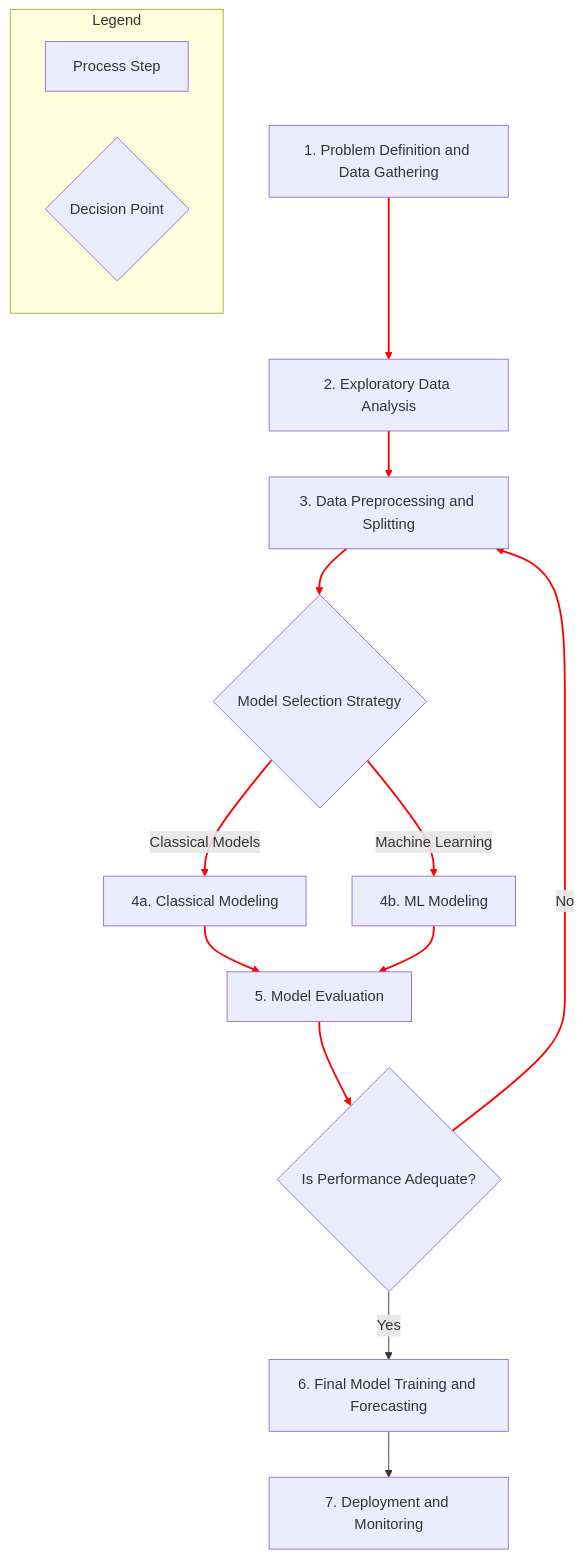
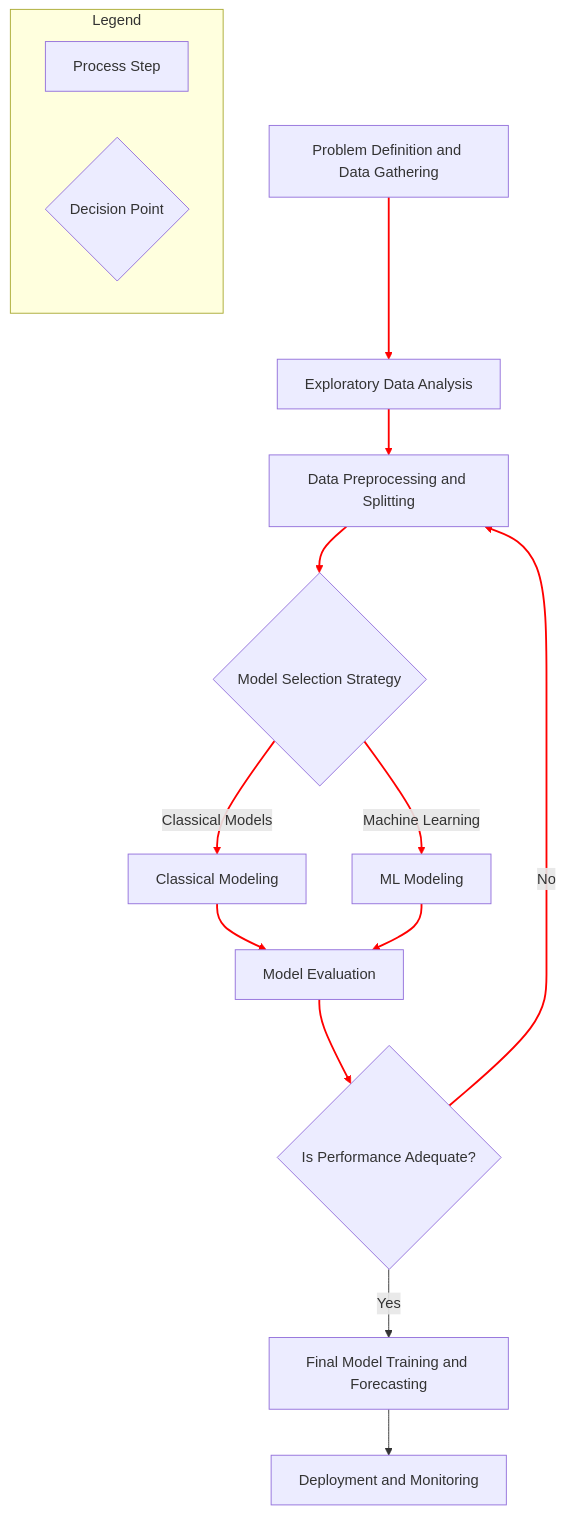
Before and after one commit to batou069/brain: the diagram in AIvault/140_Data_Science_AI/Workflows_Concepts/Time_Series_Analysis_Workflow.md, drawn with Mermaid. The commit also changed other lines of this file and 41 other files, not shown here.

````diff
--- a/AIvault/140_Data_Science_AI/Workflows_Concepts/Time_Series_Analysis_Workflow.md
+++ b/AIvault/140_Data_Science_AI/Workflows_Concepts/Time_Series_Analysis_Workflow.md
@@ -35,21 +35,23 @@
 ```mermaid
 graph TD
-    A[1. Problem Definition and Data Gathering] --> B[2. Exploratory Data Analysis]
-    B --> C[3. Data Preprocessing and Splitting]
+    A[Problem Definition and Data Gathering] --> B[Exploratory Data Analysis]
+    B --> C[Data Preprocessing and Splitting]
     C --> D{Model Selection Strategy}
-    D -->|Classical Models| E1[4a. Classical Modeling]
-    D -->|Machine Learning| E2[4b. ML Modeling]
-    E1 --> F[5. Model Evaluation]
+    D -->|Classical Models| E1[Classical Modeling]
+    D -->|Machine Learning| E2[ML Modeling]
+    E1 --> F[Model Evaluation]
     E2 --> F
     F --> G{Is Performance Adequate?}
     G -->|No| C
-    G -->|Yes| H[6. Final Model Training and Forecasting]
-    H --> I[7. Deployment and Monitoring]
+    G -->|Yes| H[Final Model Training and Forecasting]
+    H --> I[Deployment and Monitoring]
 
     subgraph Legend
         L1[Process Step]
         L2{Decision Point}
     end
 
+
+
     linkStyle 0,1,2,3,4,5,6,7,8 stroke:#FF0000,stroke-width:2px
 ```
````
